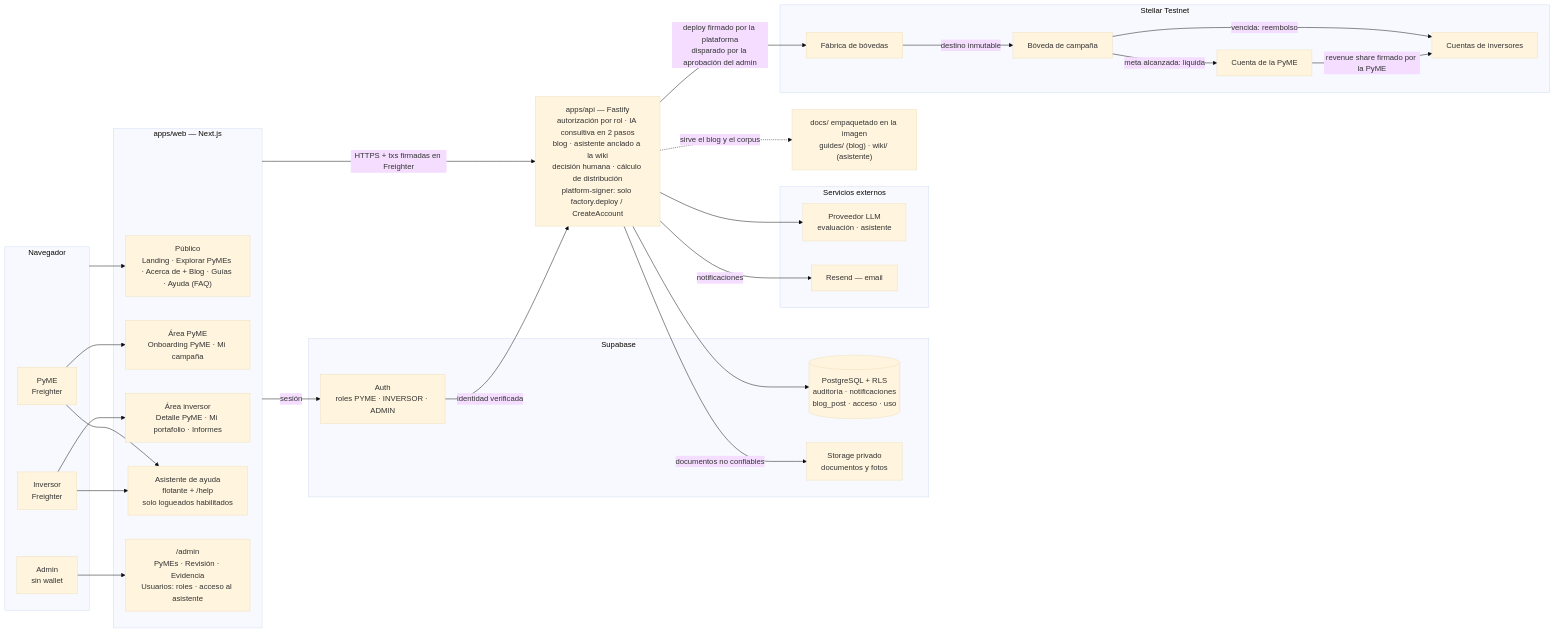
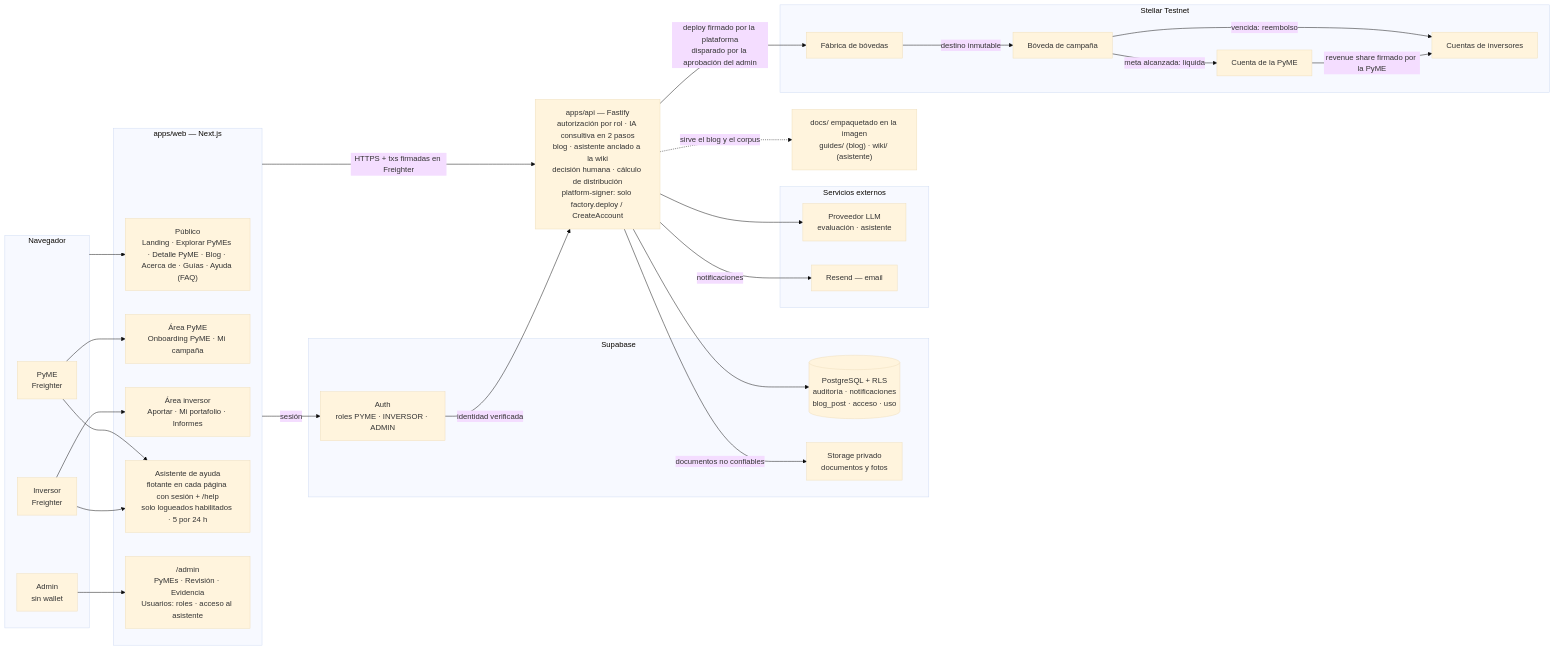
The third of 3 diagrams in README.md (reyduar/Vaqcrow), drawn with Mermaid (base theme) before and after one commit. The commit also changed other lines of this file, not shown here.

````diff
--- a/README.md
+++ b/README.md
@@ -224,57 +228,57 @@
 ```mermaid
 graph LR
     subgraph NAV["Navegador"]
         PYME["PyME<br/>Freighter"]
         INV["Inversor<br/>Freighter"]
         ADMIN["Admin<br/>sin wallet"]
     end
 
     subgraph WEB["apps/web — Next.js"]
-        PUBLIC["Público<br/>Landing · Explorar PyMEs · Acerca de + Blog · Guías · Ayuda (FAQ)"]
+        PUBLIC["Público<br/>Landing · Explorar PyMEs · Detalle PyME · Blog · Acerca de · Guías · Ayuda (FAQ)"]
         PYMEAREA["Área PyME<br/>Onboarding PyME · Mi campaña"]
-        INVAREA["Área inversor<br/>Detalle PyME · Mi portafolio · Informes"]
-        CHAT["Asistente de ayuda<br/>flotante + /help<br/>solo logueados habilitados"]
+        INVAREA["Área inversor<br/>Aportar · Mi portafolio · Informes"]
+        CHAT["Asistente de ayuda<br/>flotante en cada página con sesión + /help<br/>solo logueados habilitados · 5 por 24 h"]
         ADMINAREA["/admin<br/>PyMEs · Revisión · Evidencia<br/>Usuarios: roles · acceso al asistente"]
     end
 
     subgraph SB["Supabase"]
         AUTH["Auth<br/>roles PYME · INVERSOR · ADMIN"]
         DB[("PostgreSQL + RLS<br/>auditoría · notificaciones<br/>blog_post · acceso · uso")]
         STORAGE["Storage privado<br/>documentos y fotos"]
     end
 
     API["apps/api — Fastify<br/>autorización por rol · IA consultiva en 2 pasos<br/>blog · asistente anclado a la wiki<br/>decisión humana · cálculo de distribución<br/>platform-signer: solo factory.deploy / CreateAccount"]
     DOCS["docs/ empaquetado en la imagen<br/>guides/ (blog) · wiki/ (asistente)"]
 
     subgraph EXT["Servicios externos"]
         LLM["Proveedor LLM<br/>evaluación · asistente"]
         RESEND["Resend — email"]
     end
 
     subgraph ST["Stellar Testnet"]
         FACTORY["Fábrica de bóvedas"]
         VAULT["Bóveda de campaña"]
         PYMEACC["Cuenta de la PyME"]
         INVACC["Cuentas de inversores"]
     end
 
     NAV --> PUBLIC
     PYME --> PYMEAREA
     INV --> INVAREA
     ADMIN --> ADMINAREA
     PYME --> CHAT
     INV --> CHAT
     WEB -->|"sesión"| AUTH
     WEB -->|"HTTPS + txs firmadas en Freighter"| API
     AUTH -->|"identidad verificada"| API
     API -.->|"sirve el blog y el corpus"| DOCS
     API --> DB
     API -->|"documentos no confiables"| STORAGE
     API --> LLM
     API -->|"notificaciones"| RESEND
     API -->|"deploy firmado por la plataforma<br/>disparado por la aprobación del admin"| FACTORY
     FACTORY -->|"destino inmutable"| VAULT
     VAULT -->|"meta alcanzada: liquida"| PYMEACC
     VAULT -->|"vencida: reembolso"| INVACC
     PYMEACC -->|"revenue share firmado por la PyME"| INVACC
 ```
````
